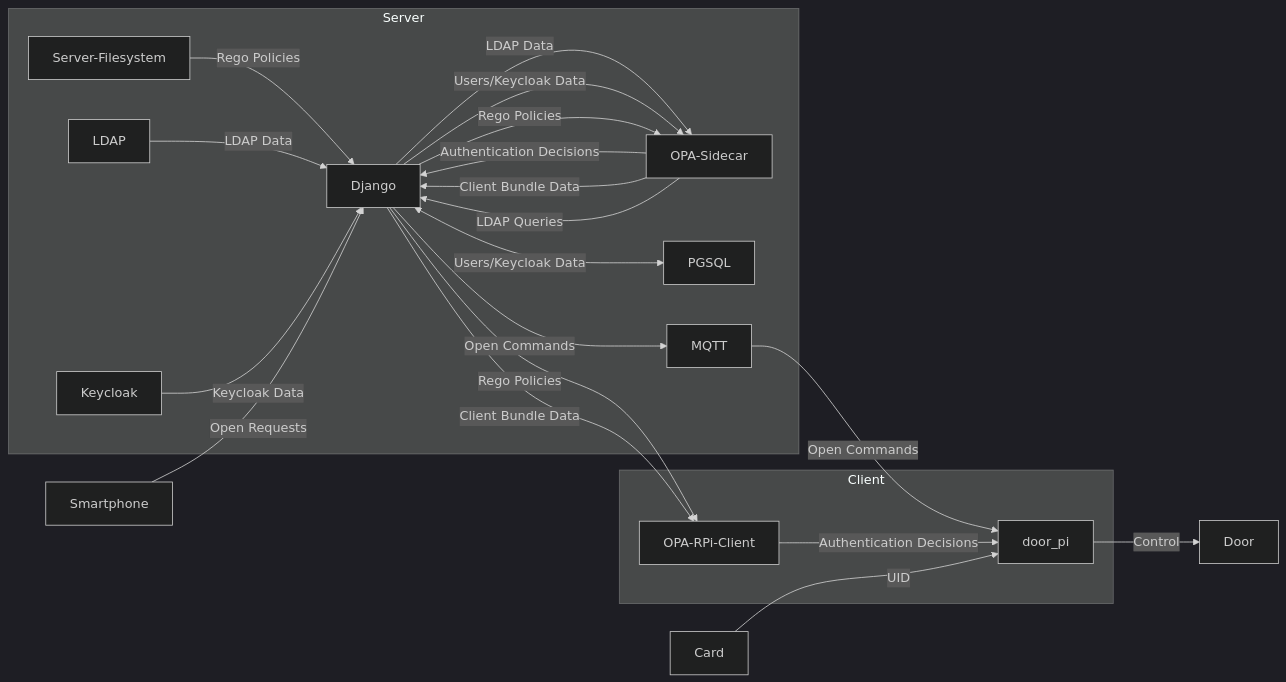
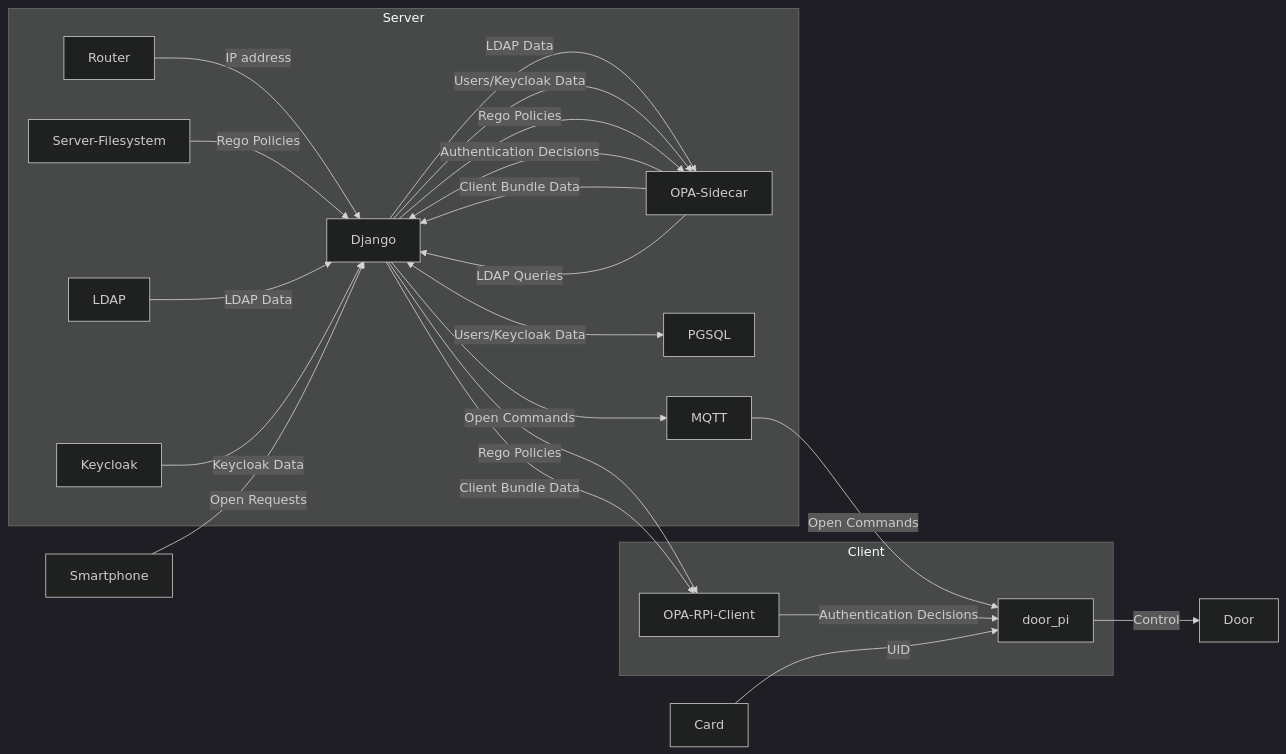
One commit to phi1010/django_application_framework changed the second of 2 diagrams in README.md. Above: the diagram before and after it, drawn with Mermaid (dark theme). The commit also changed other lines of this file, not shown here.

````diff
--- a/README.md
+++ b/README.md
@@ -75,29 +76,30 @@
 ```mermaid
 flowchart LR
     
     subgraph Server
+    Router -->|IP address| Django
     Django -->|LDAP Data| OPA-Sidecar 
     Django -->|Users/Keycloak Data| OPA-Sidecar
     Django <-->|Users/Keycloak Data| PGSQL
     Server-Filesystem -->|Rego Policies| Django
     Django -->|Rego Policies| OPA-Sidecar
     OPA-Sidecar -->|Authentication Decisions| Django
     OPA-Sidecar -->|Client Bundle Data| Django
     OPA-Sidecar -->|LDAP Queries| Django
     LDAP -->|LDAP Data| Django
     Keycloak -->|Keycloak Data| Django
     Django -->|Open Commands| MQTT
     end
     
     Smartphone -->|Open Requests| Django
     
     subgraph Client
     Django -->|Rego Policies| OPA-RPi-Client
     Django -->|Client Bundle Data| OPA-RPi-Client
     MQTT -->|Open Commands| door_pi 
     OPA-RPi-Client -->|Authentication Decisions| door_pi
     end
 
     Card -->|UID| door_pi
     door_pi -->|Control| Door
 ```
````
